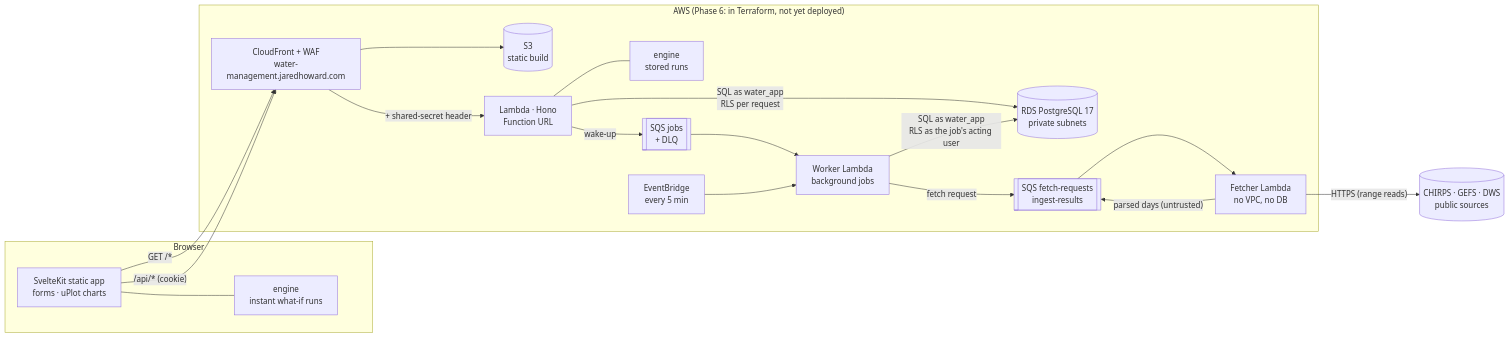
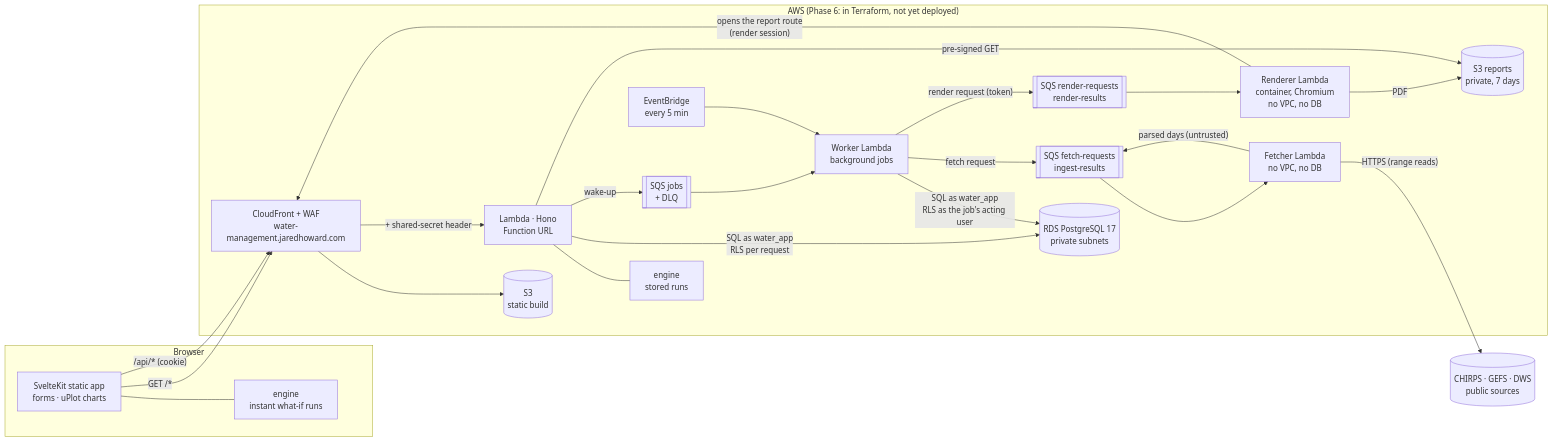
Before and after one commit to Absence0760/project-water-management: the first of 3 diagrams in docs/architecture.md, drawn with Mermaid. The commit also changed other lines of this file and 12 other files, not shown here.

First line of the commit message:
docs: server-side PDF reports: the render token trust boundary, the API, the job, schedules, infra and cost, local setup (#26)

````diff
--- a/docs/architecture.md
+++ b/docs/architecture.md
@@ -10,33 +10,40 @@
 ```mermaid
 flowchart LR
   subgraph Browser
     UI[SvelteKit static app<br/>forms · uPlot charts]
     EB[engine<br/>instant what-if runs]
     UI --- EB
   end
 
   subgraph AWS["AWS (Phase 6: in Terraform, not yet deployed)"]
     CF[CloudFront + WAF<br/>water-management.jaredhoward.com]
     S3[(S3<br/>static build)]
     L[Lambda · Hono<br/>Function URL]
     EL[engine<br/>stored runs]
     DB[(RDS PostgreSQL 17<br/>private subnets)]
     Q[[SQS jobs<br/>+ DLQ]]
     T[EventBridge<br/>every 5 min]
     W[Worker Lambda<br/>background jobs]
     FQ[[SQS fetch-requests<br/>ingest-results]]
     FL[Fetcher Lambda<br/>no VPC, no DB]
+    RQ[[SQS render-requests<br/>render-results]]
+    RL[Renderer Lambda<br/>container, Chromium<br/>no VPC, no DB]
+    RB[(S3 reports<br/>private, 7 days)]
     L --- EL
   end
   SRC[(CHIRPS · GEFS · DWS<br/>public sources)]
 
   UI -- "GET /*" --> CF --> S3
   UI -- "/api/* (cookie)" --> CF -- "+ shared-secret header" --> L
   L -- "SQL as water_app<br/>RLS per request" --> DB
   L -- "wake-up" --> Q --> W
   T --> W
   W -- "SQL as water_app<br/>RLS as the job's acting user" --> DB
   W -- "fetch request" --> FQ --> FL
   FL -- "HTTPS (range reads)" --> SRC
   FL -- "parsed days (untrusted)" --> FQ
+  W -- "render request (token)" --> RQ --> RL
+  RL -- "opens the report route<br/>(render session)" --> CF
+  RL -- "PDF" --> RB
+  L -- "pre-signed GET" --> RB
 ```
````
